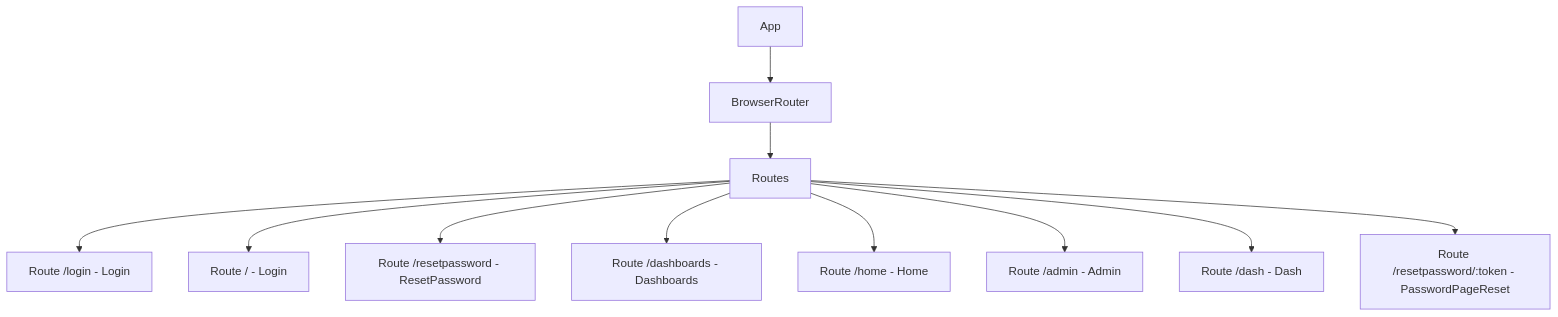
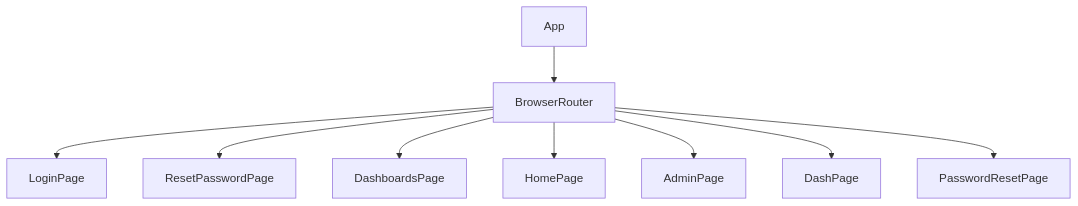
Before and after one commit to test-company-prowiz/maxify_frontend: the diagram in docs/src/App.jsx.md, drawn with Mermaid. The commit also changed other lines of this file, not shown here.

Commit message:
[AI-DOC] docs: auto-generated documentation for docs/src/App.jsx.md

````diff
--- a/docs/src/App.jsx.md
+++ b/docs/src/App.jsx.md
@@ -55,13 +46,11 @@
 ```mermaid
 graph TD
-App[App] --> BrowserRouter[BrowserRouter]
-BrowserRouter --> Routes[Routes]
-Routes --> LoginRoute[Route /login - Login]
-Routes --> RootRoute[Route / - Login]
-Routes --> ResetPasswordRoute[Route /resetpassword - ResetPassword]
-Routes --> DashboardsRoute[Route /dashboards - Dashboards]
-Routes --> HomeRoute[Route /home - Home]
-Routes --> AdminRoute[Route /admin - Admin]
-Routes --> DashRoute[Route /dash - Dash]
-Routes --> ResetTokenRoute[Route /resetpassword/:token - PasswordPageReset]
+A[App] --> B[BrowserRouter]
+B --> C[LoginPage]
+B --> D[ResetPasswordPage]
+B --> E[DashboardsPage]
+B --> F[HomePage]
+B --> G[AdminPage]
+B --> H[DashPage]
+B --> I[PasswordResetPage]
 ```
````
